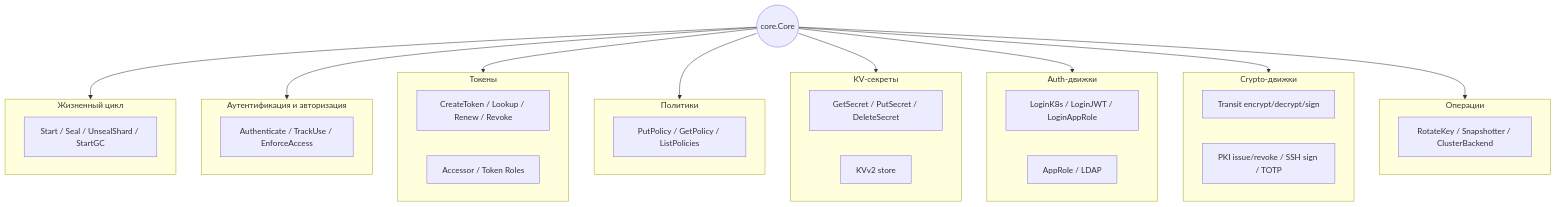
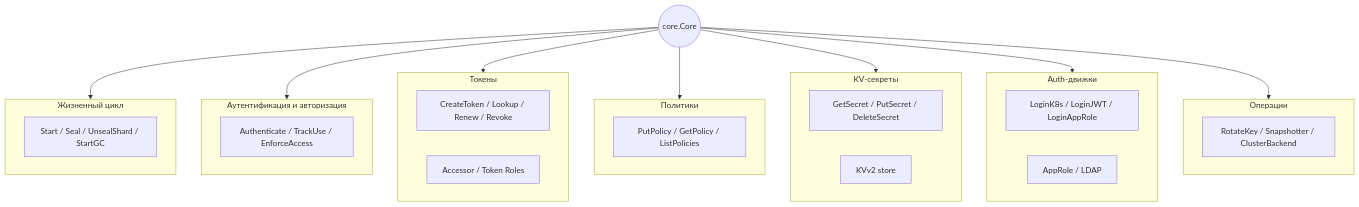
One commit to NAGenaev/tuck changed the third of 9 diagrams in docs/02-architecture.md. Above: the diagram before and after it, drawn with Mermaid. The commit also changed other lines of this file and 114 other files, not shown here.

First line of the commit message:
refactor: remove PKI, Transit, SSH, TOTP, Database engines and leases

````diff
--- a/docs/02-architecture.md
+++ b/docs/02-architecture.md
@@ -157,40 +152,35 @@
 ```mermaid
 flowchart TB
     ROOT(("core.Core"))
     subgraph LC["Жизненный цикл"]
         LC1[Start / Seal / UnsealShard / StartGC]
     end
     subgraph AA["Аутентификация и авторизация"]
         AA1[Authenticate / TrackUse / EnforceAccess]
     end
     subgraph TK["Токены"]
         TK1[CreateToken / Lookup / Renew / Revoke]
         TK2[Accessor / Token Roles]
     end
     subgraph PL["Политики"]
         PL1[PutPolicy / GetPolicy / ListPolicies]
     end
     subgraph KV["KV-секреты"]
         KV1[GetSecret / PutSecret / DeleteSecret]
         KV2[KVv2 store]
     end
     subgraph AE["Auth-движки"]
         AE1[LoginK8s / LoginJWT / LoginAppRole]
         AE2[AppRole / LDAP]
     end
-    subgraph CE["Crypto-движки"]
-        CE1[Transit encrypt/decrypt/sign]
-        CE2[PKI issue/revoke / SSH sign / TOTP]
-    end
     subgraph OP["Операции"]
         OP1[RotateKey / Snapshotter / ClusterBackend]
     end
     ROOT --> LC
     ROOT --> AA
     ROOT --> TK
     ROOT --> PL
     ROOT --> KV
     ROOT --> AE
-    ROOT --> CE
     ROOT --> OP
 ```
````
